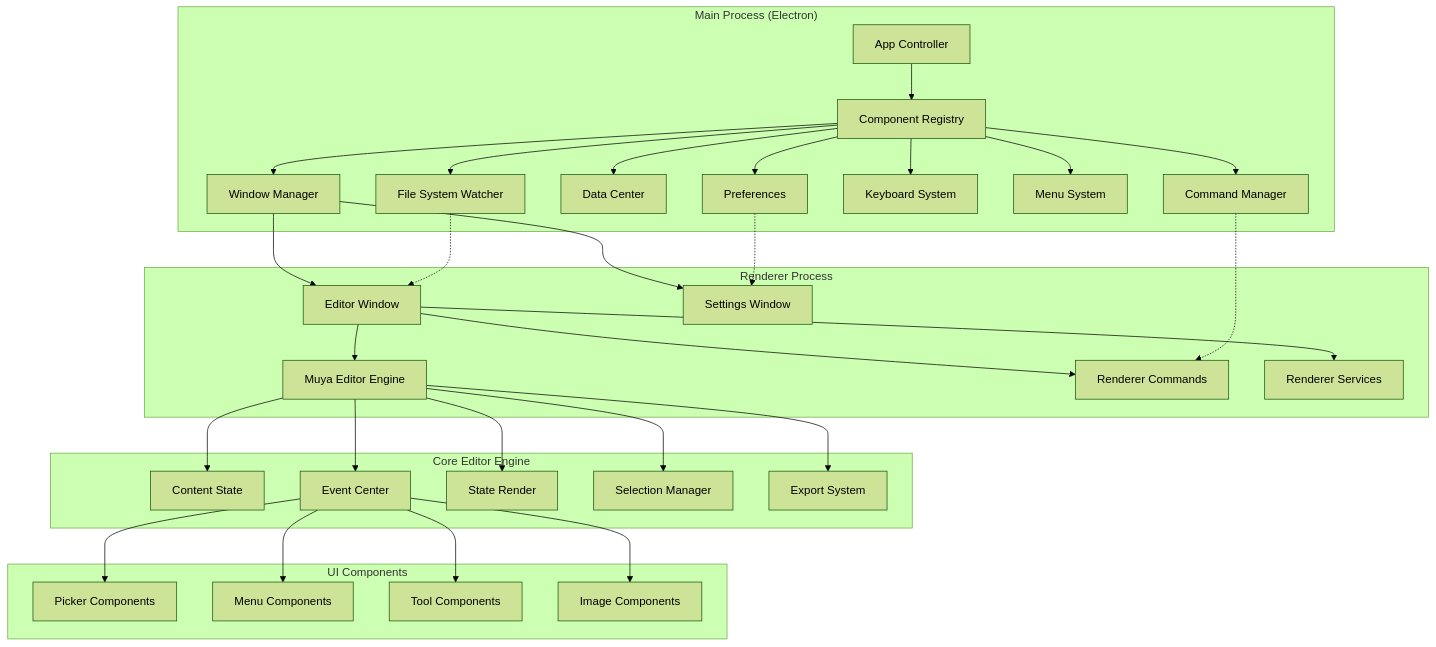
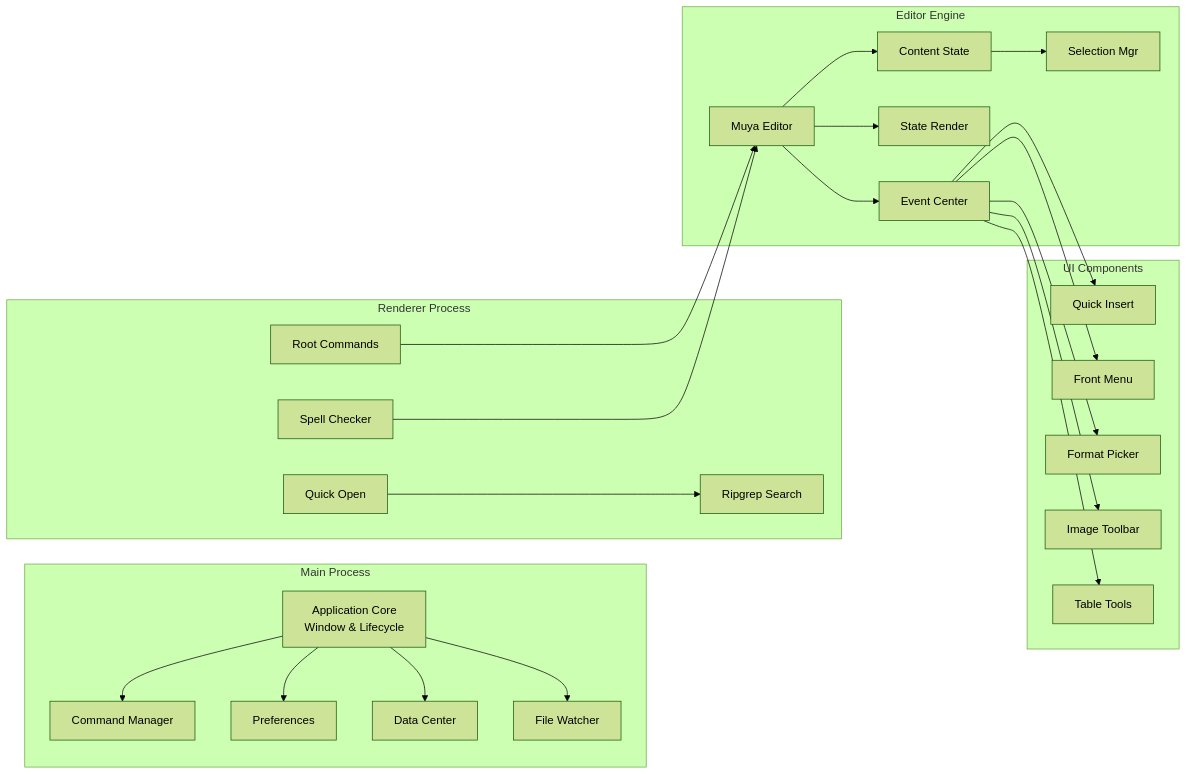
Before and after one commit to FSoft-AI4Code/codewiki-demo: the second of 2 diagrams in docs/marktext--marktext-docs/overview.md, drawn with Mermaid (forest theme). The commit also changed other lines of this file and 1103 other files, not shown here.

````diff
--- a/docs/marktext--marktext-docs/overview.md
+++ b/docs/marktext--marktext-docs/overview.md
@@ -9,68 +62,53 @@
 ```mermaid
-graph TB
-    subgraph "Main Process (Electron)"
-        App[App Controller]
-        Accessor[Component Registry]
-        WM[Window Manager]
+graph LR
+    subgraph "Main Process"
+        AC[Application Core<br/>Window & Lifecycle]
         CM[Command Manager]
+        Pref[Preferences]
         DC[Data Center]
-        FS[File System Watcher]
-        KS[Keyboard System]
-        MS[Menu System]
-        P[Preferences]
+        FW[File Watcher]
     end
     
     subgraph "Renderer Process"
-        Editor[Editor Window]
-        Settings[Settings Window]
-        Muya[Muya Editor Engine]
-        Commands[Renderer Commands]
-        Services[Renderer Services]
+        RC[Root Commands]
+        QO[Quick Open]
+        SC[Spell Checker]
+        RS[Ripgrep Search]
     end
     
-    subgraph "Core Editor Engine"
-        ContentState[Content State]
-        EventCenter[Event Center]
-        Parser[State Render]
-        Selection[Selection Manager]
-        Export[Export System]
+    subgraph "Editor Engine"
+        ME[Muya Editor]
+        CS[Content State]
+        SR[State Render]
+        EC[Event Center]
+        SM[Selection Mgr]
     end
     
     subgraph "UI Components"
-        Pickers[Picker Components]
-        Menus[Menu Components]
-        Tools[Tool Components]
-        Images[Image Components]
+        QI[Quick Insert]
+        FM[Front Menu]
+        FP[Format Picker]
+        IT[Image Toolbar]
+        TT[Table Tools]
     end
     
-    App --> Accessor
-    Accessor --> WM
-    Accessor --> CM
-    Accessor --> DC
-    Accessor --> FS
-    Accessor --> KS
-    Accessor --> MS
-    Accessor --> P
+    AC --> CM
+    AC --> Pref
+    AC --> DC
+    AC --> FW
     
-    WM --> Editor
-    WM --> Settings
+    RC --> ME
+    QO --> RS
+    SC --> ME
     
-    Editor --> Muya
-    Editor --> Commands
-    Editor --> Services
+    ME --> CS
+    ME --> SR
+    ME --> EC
+    CS --> SM
     
-    Muya --> ContentState
-    Muya --> EventCenter
-    Muya --> Parser
-    Muya --> Selection
-    Muya --> Export
-    
-    EventCenter --> Pickers
-    EventCenter --> Menus
-    EventCenter --> Tools
-    EventCenter --> Images
-    
-    CM -.-> Commands
-    P -.-> Settings
-    FS -.-> Editor
+    EC --> QI
+    EC --> FM
+    EC --> FP
+    EC --> IT
+    EC --> TT
 ```
````
